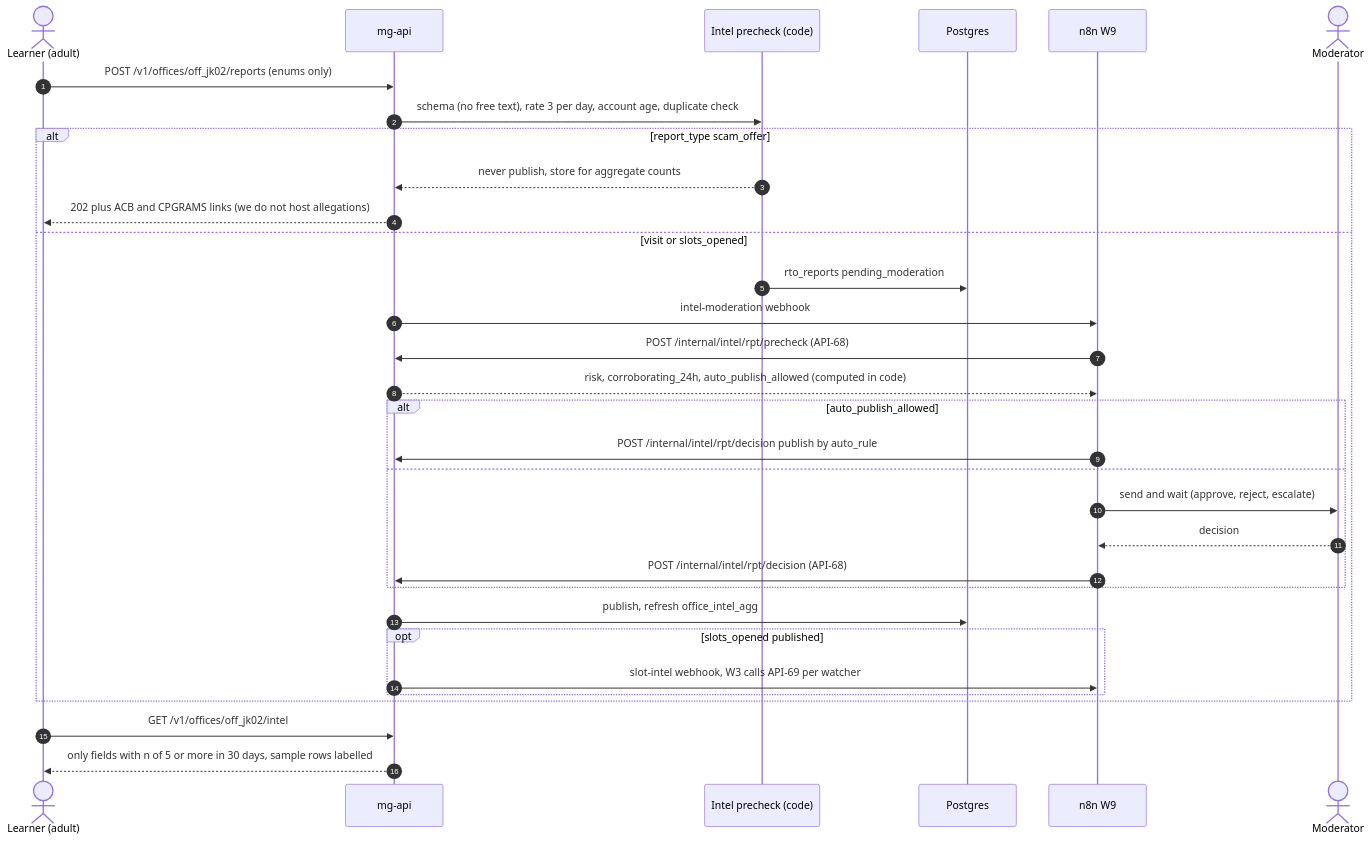
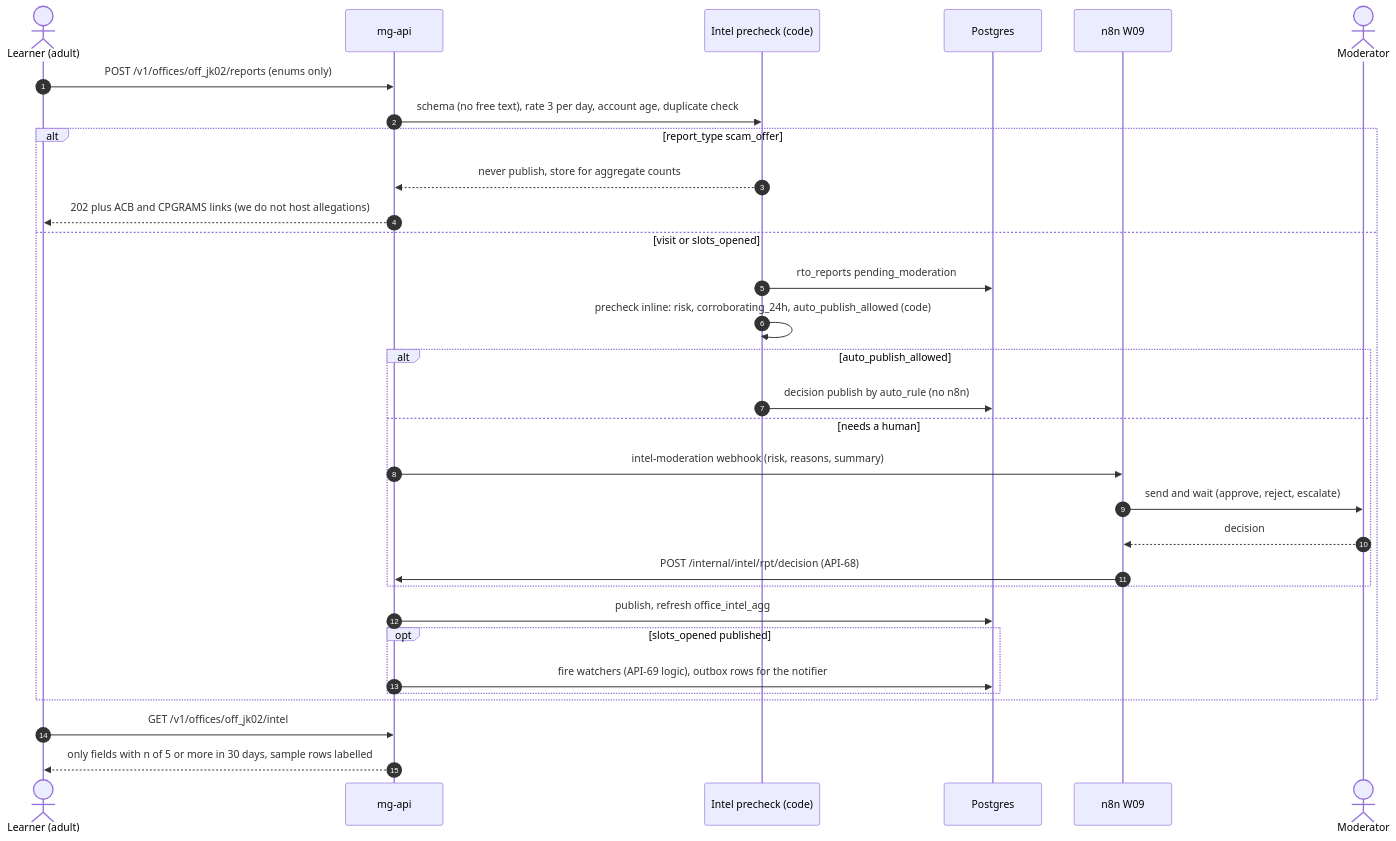
Diagram 12 of 14 in docs/03-engineering/ARCHITECTURE.md (sruj08/margadarshak), drawn with Mermaid before and after one commit. The commit also changed other lines of this file and 60 other files, not shown here.

````diff
--- a/docs/03-engineering/ARCHITECTURE.md
+++ b/docs/03-engineering/ARCHITECTURE.md
@@ -619,34 +619,33 @@
 ```mermaid
 sequenceDiagram
   autonumber
   actor U as Learner (adult)
   participant API as mg-api
   participant MOD as Intel precheck (code)
   participant DB as Postgres
-  participant N8 as n8n W9
+  participant N8 as n8n W09
   actor MO as Moderator
   U->>API: POST /v1/offices/off_jk02/reports (enums only)
   API->>MOD: schema (no free text), rate 3 per day, account age, duplicate check
   alt report_type scam_offer
     MOD-->>API: never publish, store for aggregate counts
     API-->>U: 202 plus ACB and CPGRAMS links (we do not host allegations)
   else visit or slots_opened
     MOD->>DB: rto_reports pending_moderation
-    API->>N8: intel-moderation webhook
-    N8->>API: POST /internal/intel/rpt/precheck (API-68)
-    API-->>N8: risk, corroborating_24h, auto_publish_allowed (computed in code)
+    MOD->>MOD: precheck inline: risk, corroborating_24h, auto_publish_allowed (code)
     alt auto_publish_allowed
-      N8->>API: POST /internal/intel/rpt/decision publish by auto_rule
-    else
+      MOD->>DB: decision publish by auto_rule (no n8n)
+    else needs a human
+      API->>N8: intel-moderation webhook (risk, reasons, summary)
       N8->>MO: send and wait (approve, reject, escalate)
       MO-->>N8: decision
       N8->>API: POST /internal/intel/rpt/decision (API-68)
     end
     API->>DB: publish, refresh office_intel_agg
     opt slots_opened published
-      API->>N8: slot-intel webhook, W3 calls API-69 per watcher
+      API->>DB: fire watchers (API-69 logic), outbox rows for the notifier
     end
   end
   U->>API: GET /v1/offices/off_jk02/intel
   API-->>U: only fields with n of 5 or more in 30 days, sample rows labelled
 ```
````
